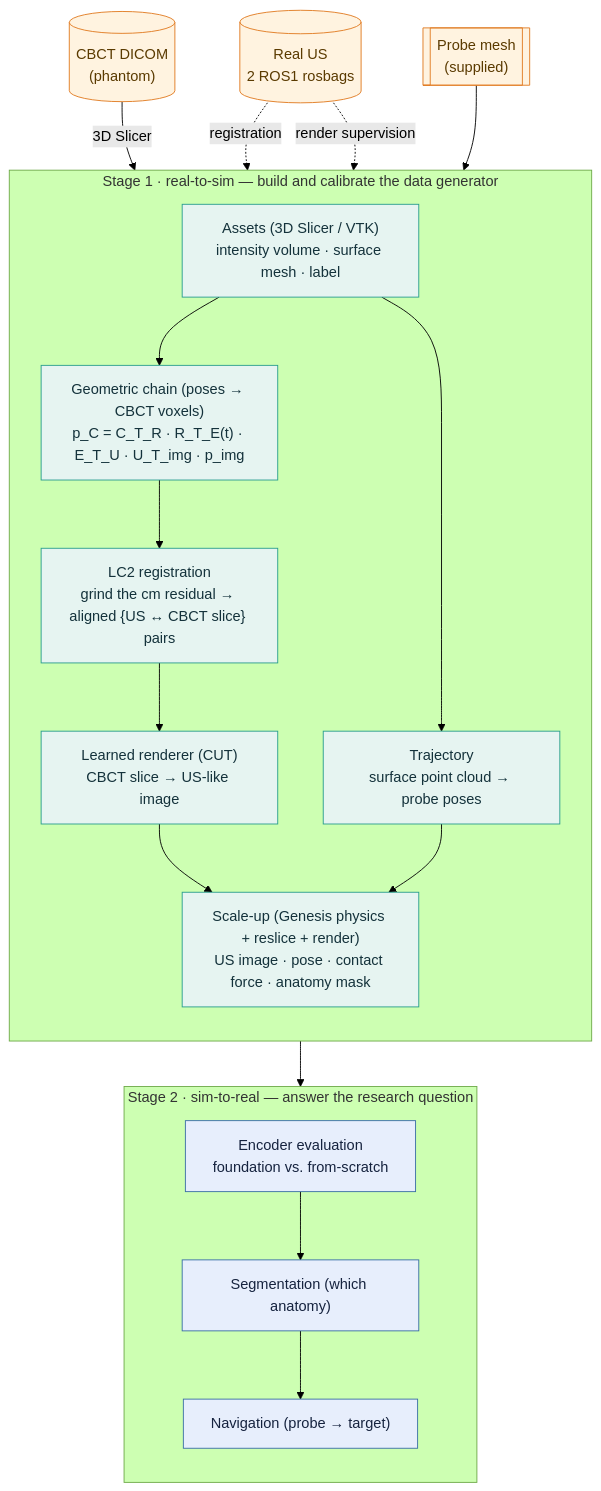
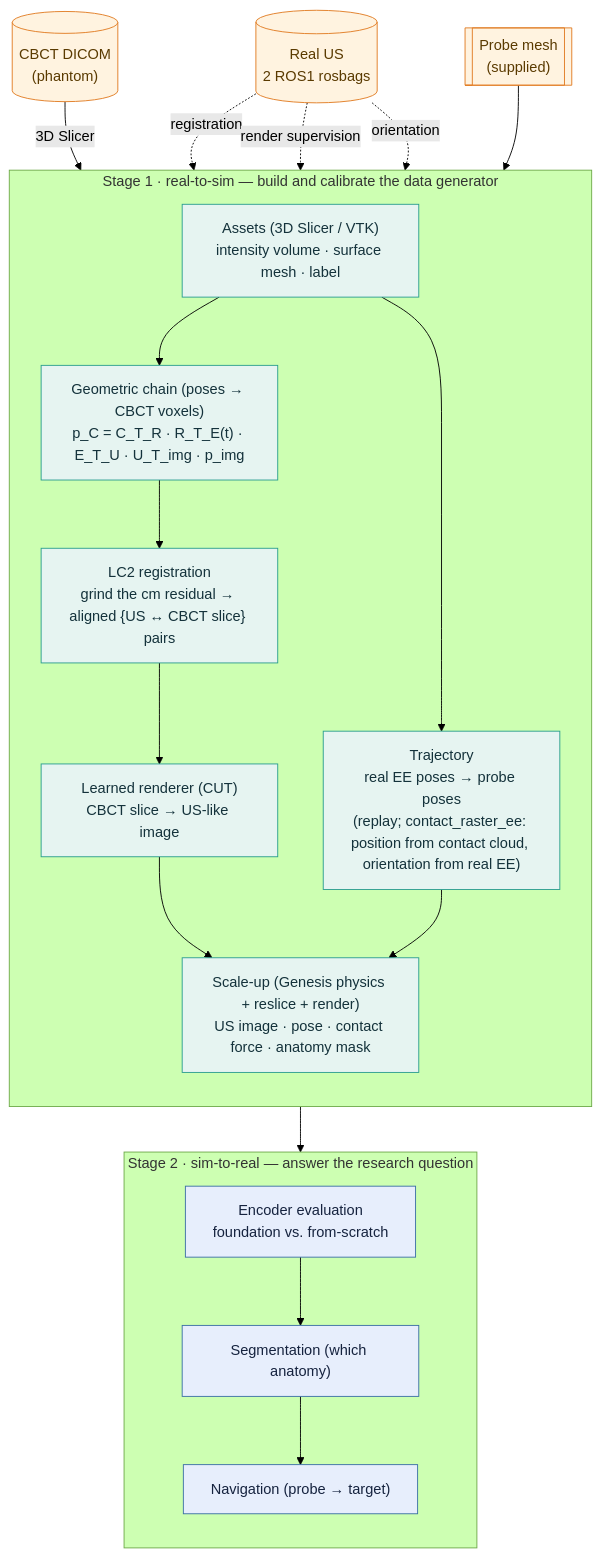
Before and after one commit to JerryPlain/deepussim: the diagram in README.md, drawn with Mermaid (forest theme). The commit also changed other lines of this file, not shown here.

First line of the commit message:
docs(readme): fix stale trajectory description — EE-orientation, not surface-normal point cloud

````diff
--- a/README.md
+++ b/README.md
@@ -25,38 +27,39 @@
 ```mermaid
 flowchart TB
     CBCT[("CBCT DICOM<br/>(phantom)")]
     USREAL[("Real US<br/>2 ROS1 rosbags")]
     PROBE[["Probe mesh<br/>(supplied)"]]
 
     subgraph STAGE1["Stage 1 · real-to-sim — build and calibrate the data generator"]
         direction TB
         ASSETS["Assets (3D Slicer / VTK)<br/>intensity volume · surface mesh · label"]
         CHAIN["Geometric chain (poses → CBCT voxels)<br/>p_C = C_T_R · R_T_E(t) · E_T_U · U_T_img · p_img"]
         LC2["LC2 registration<br/>grind the cm residual → aligned {US ↔ CBCT slice} pairs"]
         REND["Learned renderer (CUT)<br/>CBCT slice → US-like image"]
-        TRAJ["Trajectory<br/>surface point cloud → probe poses"]
+        TRAJ["Trajectory<br/>real EE poses → probe poses<br/>(replay; contact_raster_ee: position from contact cloud, orientation from real EE)"]
         SCALE["Scale-up (Genesis physics + reslice + render)<br/>US image · pose · contact force · anatomy mask"]
     end
 
     subgraph STAGE2["Stage 2 · sim-to-real — answer the research question"]
         direction TB
         ENC["Encoder evaluation<br/>foundation vs. from-scratch"]
         SEG["Segmentation (which anatomy)"]
         NAV["Navigation (probe → target)"]
     end
 
     CBCT -->|3D Slicer| ASSETS
     USREAL -. registration .-> LC2
     USREAL -. render supervision .-> REND
+    USREAL -. orientation .-> TRAJ
     PROBE --> SCALE
     ASSETS --> CHAIN --> LC2 --> REND --> SCALE
     ASSETS --> TRAJ --> SCALE
     SCALE --> ENC --> SEG --> NAV
 
     classDef s1 fill:#e6f4f1,stroke:#2a9d8f,color:#14323b;
     classDef s2 fill:#e7eefc,stroke:#3a6ea5,color:#16233f;
     classDef inp fill:#fff3e0,stroke:#e07a1f,color:#5a3a00;
     class ASSETS,CHAIN,LC2,REND,TRAJ,SCALE s1;
     class ENC,SEG,NAV s2;
     class CBCT,USREAL,PROBE inp;
 ```
````
